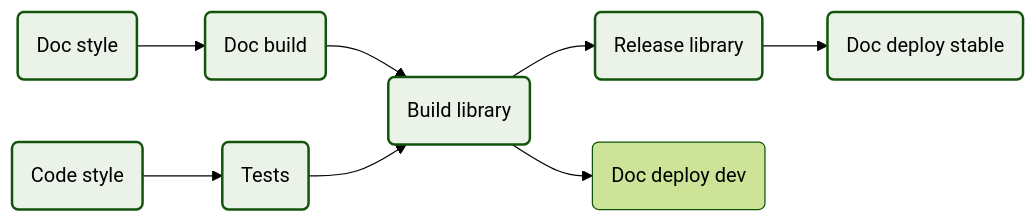
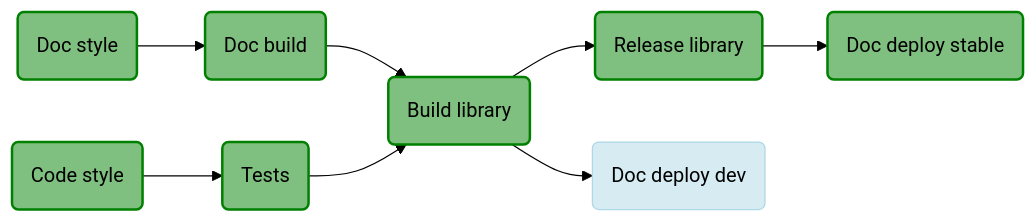
Before and after one commit to ansys/actions: the third of 3 diagrams in README.md, drawn with Mermaid (forest theme). The commit also changed other lines of this file, not shown here.

Commit message:
fix: update colors in  diagrams

````diff
--- a/README.md
+++ b/README.md
@@ -67,10 +71,12 @@
 ```mermaid
 graph LR
     A(Doc style) --> B(Doc build)
     C(Code style) --> D(Tests)
     B & D --> E(Build library) --> F(Release library) & H(Doc deploy dev)
     F --> G(Doc deploy stable)
 
-    classDef green fill:#d7e8d3, fill-opacity:0.5, stroke-width:2
+    classDef green fill:green, fill-opacity:0.5, stroke:green, stroke-width:2
     class A,B,C,D,E,F,G green
+    classDef blue fill:lightblue, fill-opacity:0.5, stroke:lightblue
+    class H blue
 ```
````
